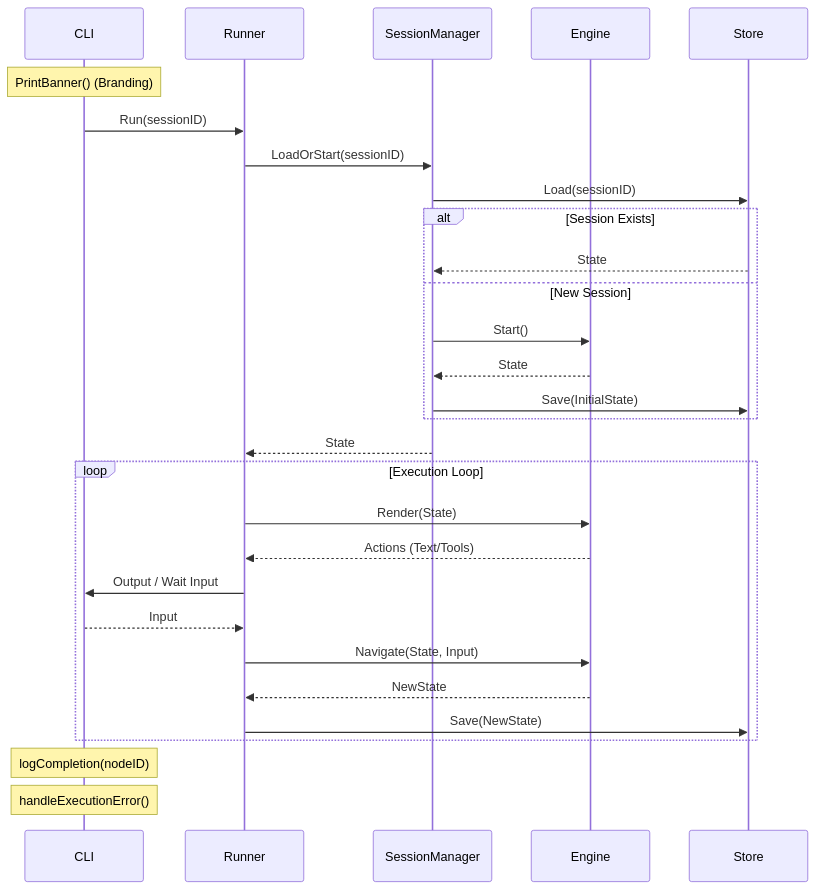
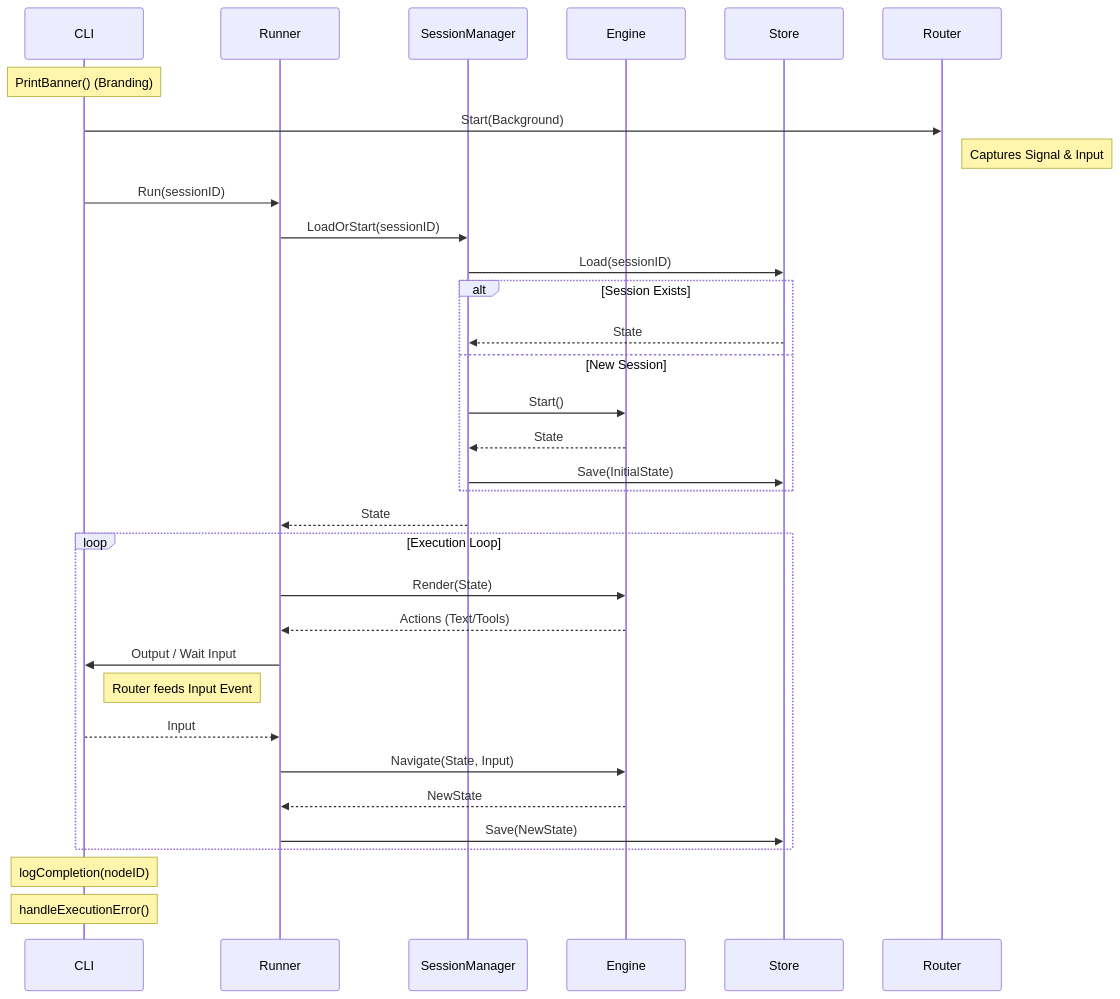
The tenth of 19 diagrams in docs/TECHNICAL.md (aretw0/trellis), drawn with Mermaid before and after one commit. The commit also changed other lines of this file and 2 other files, not shown here.

Commit message:
docs(technical): update architecture and add project governance files

````diff
--- a/docs/TECHNICAL.md
+++ b/docs/TECHNICAL.md
@@ -608,34 +608,39 @@
 ```mermaid
 sequenceDiagram
     participant CLI
     participant Runner
     participant SessionManager
     participant Engine
     participant Store
 
     Note over CLI: PrintBanner() (Branding)
+    
+    CLI->>Router: Start(Background)
+    Note right of Router: Captures Signal & Input
+    
     CLI->>Runner: Run(sessionID)
     Runner->>SessionManager: LoadOrStart(sessionID)
     SessionManager->>Store: Load(sessionID)
     alt Session Exists
         Store-->>SessionManager: State
     else New Session
         SessionManager->>Engine: Start()
         Engine-->>SessionManager: State
         SessionManager->>Store: Save(InitialState)
     end
     SessionManager-->>Runner: State
 
     loop Execution Loop
         Runner->>Engine: Render(State)
         Engine-->>Runner: Actions (Text/Tools)
         Runner->>CLI: Output / Wait Input
+        Note right of CLI: Router feeds Input Event
         CLI-->>Runner: Input
         Runner->>Engine: Navigate(State, Input)
         Engine-->>Runner: NewState
         Runner->>Store: Save(NewState)
     end
 
     Note over CLI: logCompletion(nodeID)
     Note over CLI: handleExecutionError()
 ```
````
